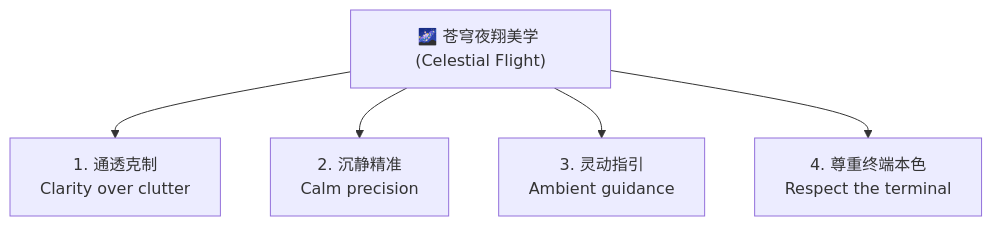
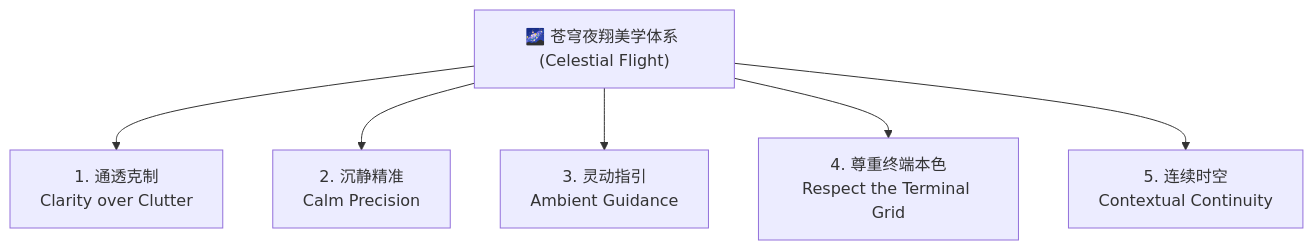
One commit to Aoody743/nightglide-cli changed the first of 2 diagrams in docs/DESIGN_SYSTEM.md. Above: the diagram before and after it, drawn with Mermaid. The commit also changed other lines of this file and 6 other files, not shown here.

````diff
--- a/docs/DESIGN_SYSTEM.md
+++ b/docs/DESIGN_SYSTEM.md
@@ -14,13 +15,15 @@
 ```mermaid
 flowchart TD
-    Brand["🌌 苍穹夜翔美学 (Celestial Flight)"]
-    Principle1["1. 通透克制\nClarity over clutter"]
-    Principle2["2. 沉静精准\nCalm precision"]
-    Principle3["3. 灵动指引\nAmbient guidance"]
-    Principle4["4. 尊重终端本色\nRespect the terminal"]
+    Brand["🌌 苍穹夜翔美学体系 (Celestial Flight)"]
+    Principle1["1. 通透克制\nClarity over Clutter"]
+    Principle2["2. 沉静精准\nCalm Precision"]
+    Principle3["3. 灵动指引\nAmbient Guidance"]
+    Principle4["4. 尊重终端本色\nRespect the Terminal Grid"]
+    Principle5["5. 连续时空\nContextual Continuity"]
 
     Brand --> Principle1
     Brand --> Principle2
     Brand --> Principle3
     Brand --> Principle4
+    Brand --> Principle5
 ```
````
